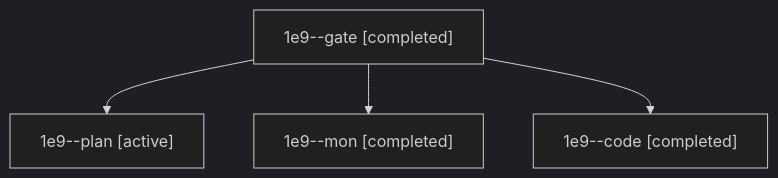
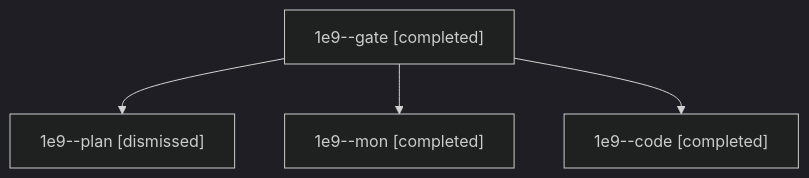
One commit to bobs-org/bob-cli--agents changed the diagram in sessions/bbugyi200.athena.1e9.md. Above: the diagram before and after it, drawn with Mermaid (dark theme). The commit also changed other lines of this file and 5 other files, not shown here.

````diff
--- a/sessions/bbugyi200.athena.1e9.md
+++ b/sessions/bbugyi200.athena.1e9.md
@@ -9,10 +9,10 @@
 ```mermaid
 flowchart TD
   n0["1e9--gate [completed]"]
-  n1["1e9--plan [active]"]
+  n1["1e9--plan [dismissed]"]
   n0 --> n1
   n2["1e9--mon [completed]"]
   n0 --> n2
   n3["1e9--code [completed]"]
   n0 --> n3
 ```
````
